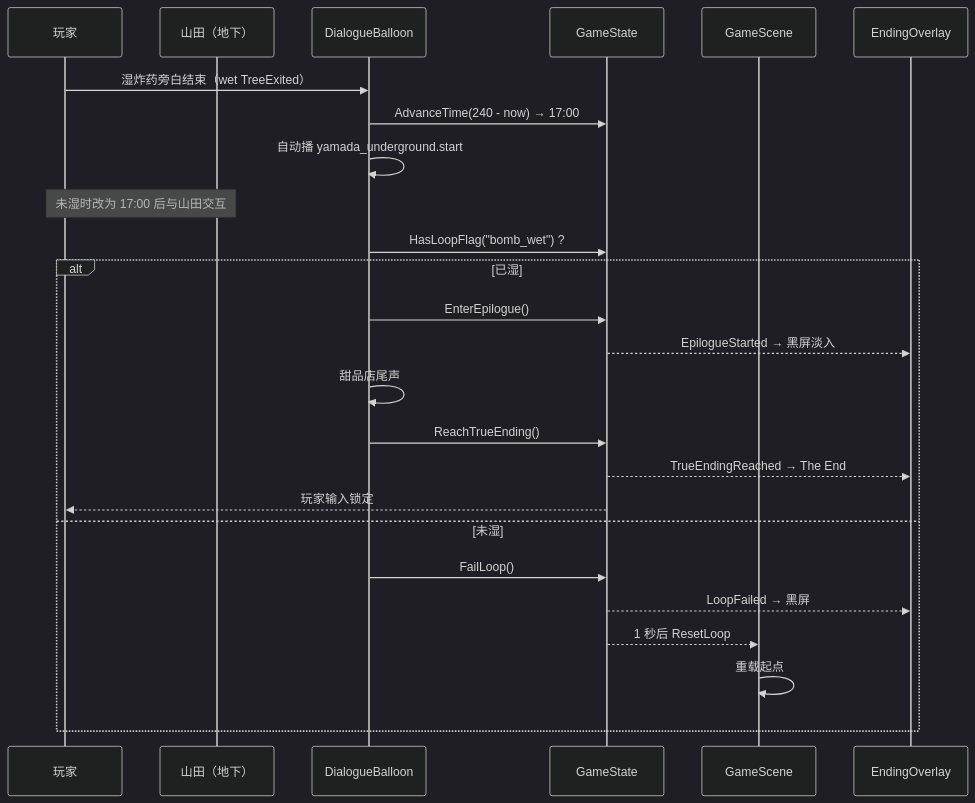
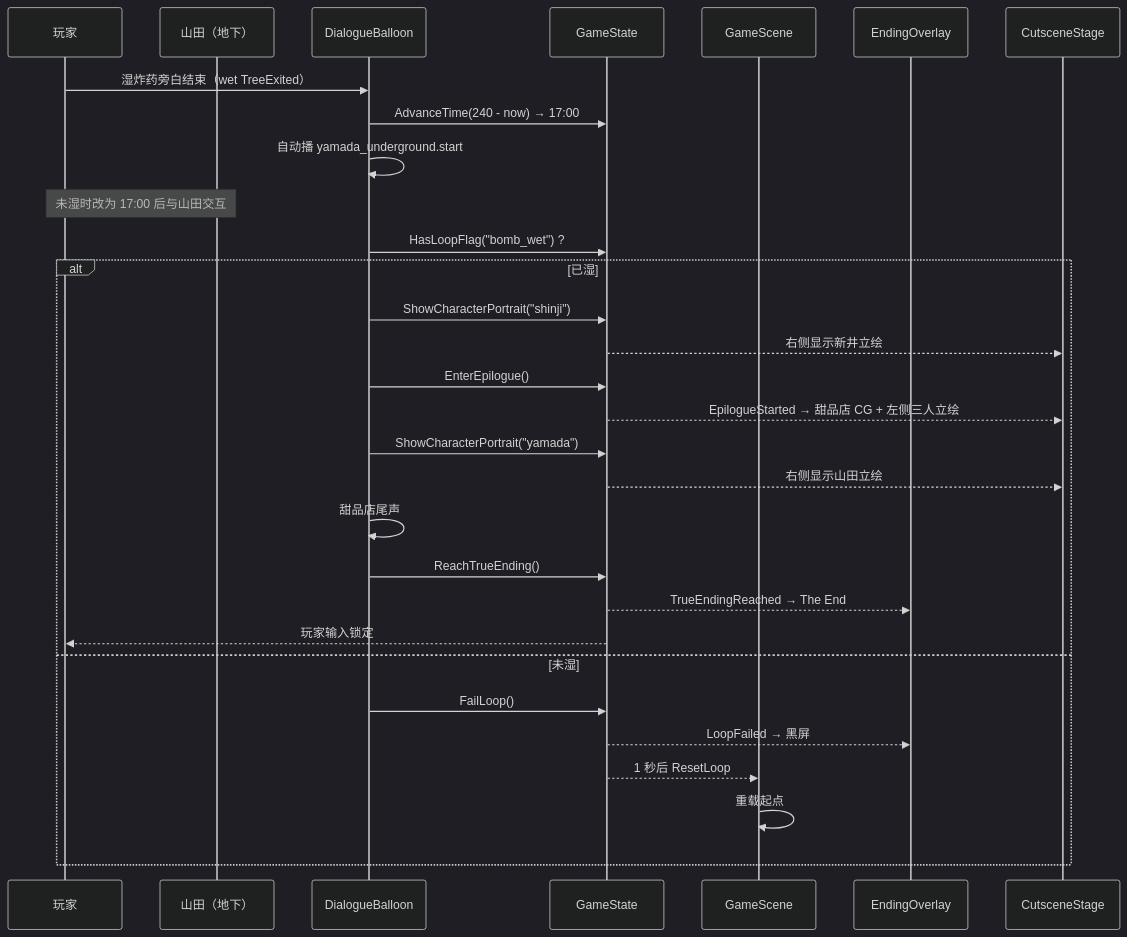
One commit to Yumihoshi/pandagj-2026 changed the seventh of 8 diagrams in docs/superpowers/specs/2026-11-07-formal-main-flow-design.md. Above: the diagram before and after it, drawn with Mermaid (dark theme). The commit also changed other lines of this file and 18 other files, not shown here.

````diff
--- a/docs/superpowers/specs/2026-11-07-formal-main-flow-design.md
+++ b/docs/superpowers/specs/2026-11-07-formal-main-flow-design.md
@@ -1219,28 +1250,33 @@
 ```mermaid
 sequenceDiagram
     participant U as 玩家
     participant Y as 山田（地下）
     participant B as DialogueBalloon
     participant GS as GameState
     participant G as GameScene
     participant E as EndingOverlay
+    participant S as CutsceneStage
 
     U->>B: 湿炸药旁白结束（wet TreeExited）
     B->>GS: AdvanceTime(240 - now) → 17:00
     B->>B: 自动播 yamada_underground.start
     Note over U,Y: 未湿时改为 17:00 后与山田交互
     B->>GS: HasLoopFlag("bomb_wet") ?
     alt 已湿
+        B->>GS: ShowCharacterPortrait("shinji")
+        GS-->>S: 右侧显示新井立绘
         B->>GS: EnterEpilogue()
-        GS-->>E: EpilogueStarted → 黑屏淡入
+        GS-->>S: EpilogueStarted → 甜品店 CG + 左侧三人立绘
+        B->>GS: ShowCharacterPortrait("yamada")
+        GS-->>S: 右侧显示山田立绘
         B->>B: 甜品店尾声
         B->>GS: ReachTrueEnding()
         GS-->>E: TrueEndingReached → The End
         GS-->>U: 玩家输入锁定
     else 未湿
         B->>GS: FailLoop()
         GS-->>E: LoopFailed → 黑屏
         GS-->>G: 1 秒后 ResetLoop
         G->>G: 重载起点
     end
 ```
````
